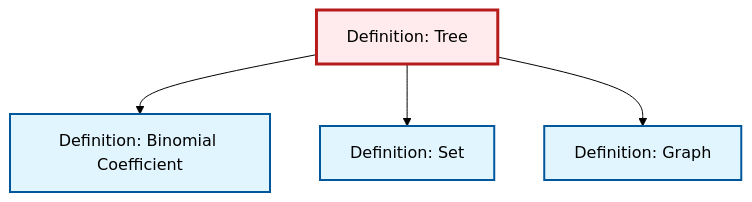
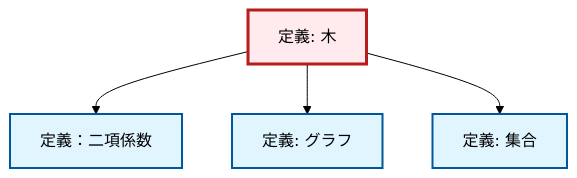
Before and after one commit to RK0429/ModernMath: the diagram in content/ja/combinatorics/def-tree.qmd, drawn with Mermaid (forest theme). The commit also changed 1069 other files, not shown here.

````diff
--- a/content/ja/combinatorics/def-tree.qmd
+++ b/content/ja/combinatorics/def-tree.qmd
@@ -137,20 +137,20 @@
 ```{mermaid}
 %%| fig-cap: "Local dependency graph"
 graph TD
     classDef definition fill:#e1f5fe,stroke:#01579b,stroke-width:2px
     classDef theorem fill:#f3e5f5,stroke:#4a148c,stroke-width:2px
     classDef axiom fill:#fff3e0,stroke:#e65100,stroke-width:2px
     classDef example fill:#e8f5e9,stroke:#1b5e20,stroke-width:2px
     classDef current fill:#ffebee,stroke:#b71c1c,stroke-width:3px
-    def-binomial-coefficient["Definition: Binomial Coefficient"]:::definition
-    def-graph["Definition: Graph"]:::definition
-    def-tree["Definition: Tree"]:::definition
-    def-set["Definition: Set"]:::definition
+    def-graph["定義: グラフ"]:::definition
+    def-set["定義: 集合"]:::definition
+    def-binomial-coefficient["定義：二項係数"]:::definition
+    def-tree["定義: 木"]:::definition
     def-tree --> def-binomial-coefficient
+    def-tree --> def-graph
     def-tree --> def-set
-    def-tree --> def-graph
     class def-tree current
-    click def-binomial-coefficient "def-binomial-coefficient.html" "Definition: Binomial Coefficientへ"
-    click def-graph "def-graph.html" "Definition: Graphへ"
-    click def-set "def-set.html" "Definition: Setへ"
+    click def-graph "def-graph.html" "グラフの定義へ"
+    click def-set "def-set.html" "集合の定義へ"
+    click def-binomial-coefficient "def-binomial-coefficient.html" "定義：二項係数へ"
 ```
````
